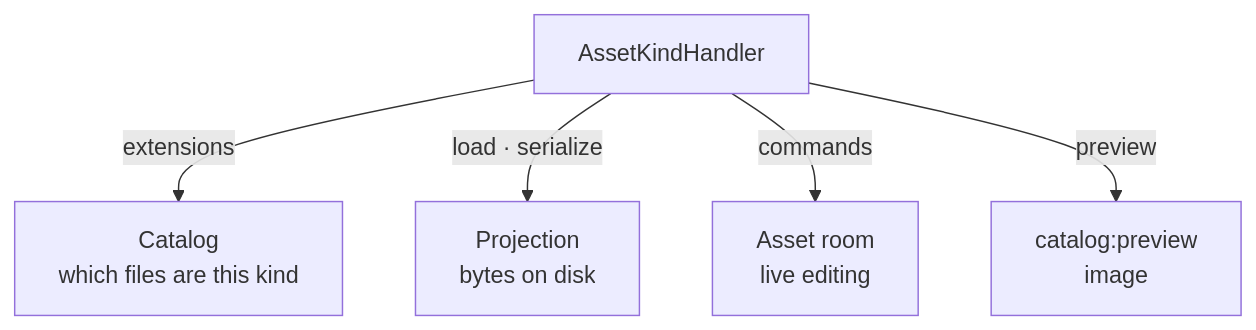
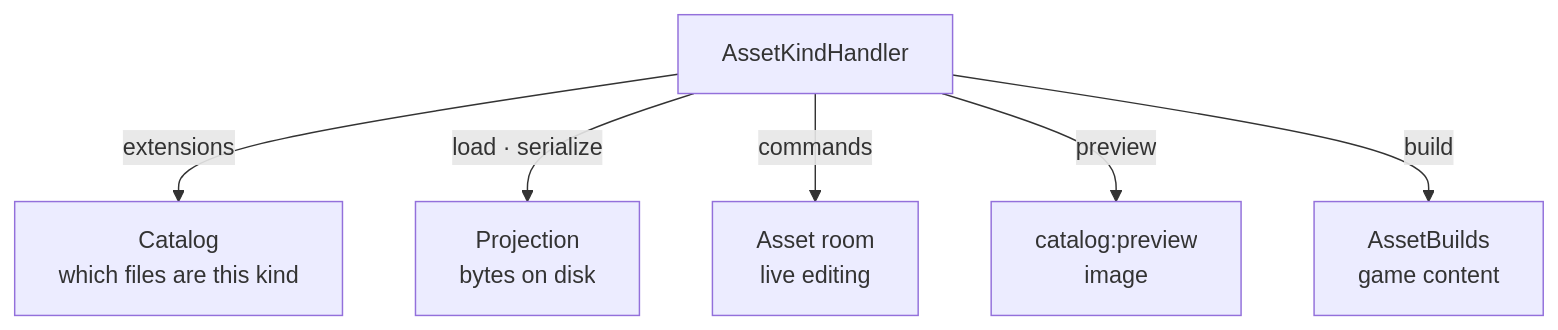
Before and after one commit to JollyPixel/editor: the fourth of 4 diagrams in packages/asset-server/ARCHITECTURE.md, drawn with Mermaid. The commit also changed other lines of this file and 107 other files, not shown here.

````diff
--- a/packages/asset-server/ARCHITECTURE.md
+++ b/packages/asset-server/ARCHITECTURE.md
@@ -64,7 +64,8 @@
 ```mermaid
 flowchart TB
     Handler["AssetKindHandler"] -->|"extensions"| Catalog["Catalog<br/>which files are this kind"]
     Handler -->|"load · serialize"| Projector["Projection<br/>bytes on disk"]
     Handler -->|"commands"| Room["Asset room<br/>live editing"]
     Handler -->|"preview"| Preview["catalog:preview<br/>image"]
+    Handler -->|"build"| Build["AssetBuilds<br/>game content"]
 ```
````
